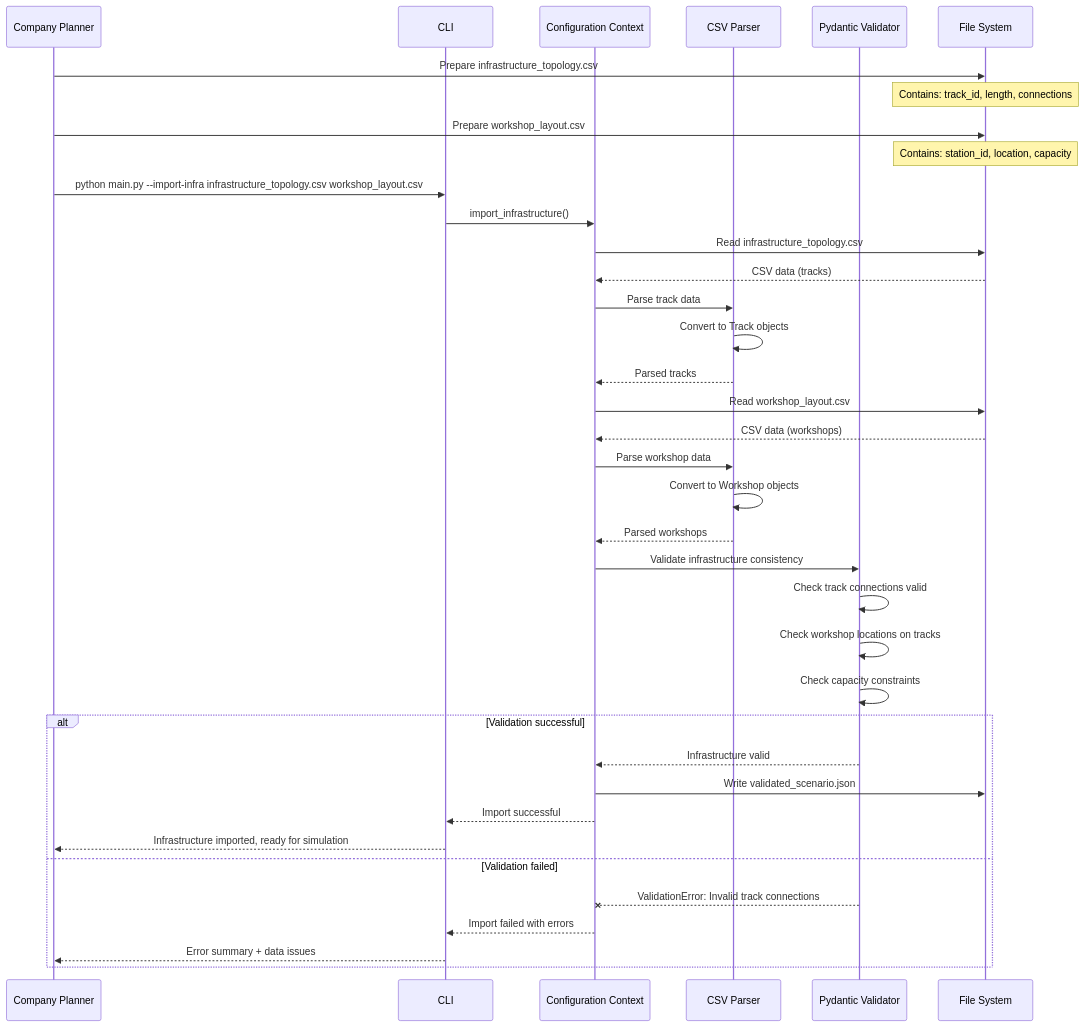
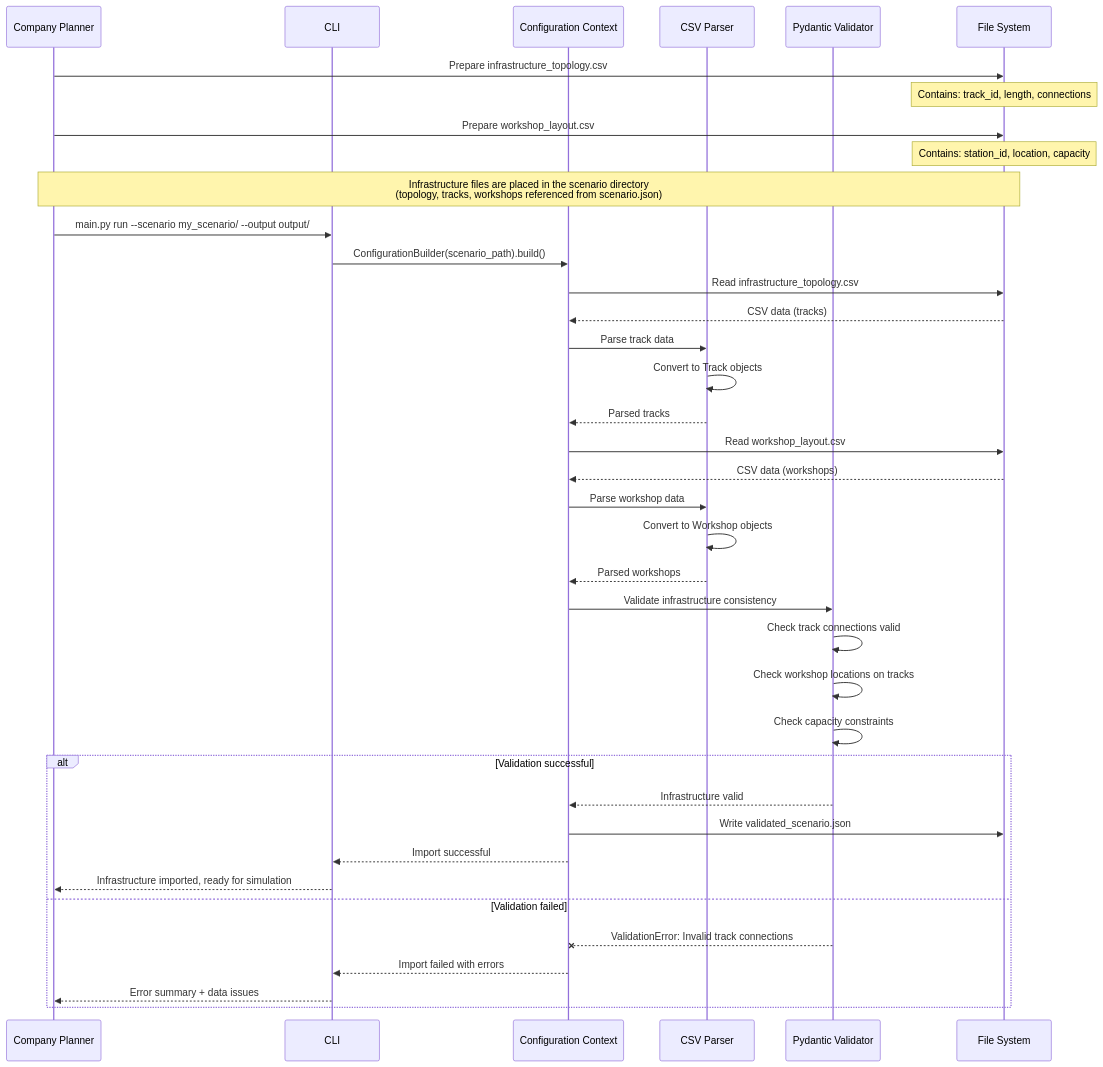
The fourth of 8 diagrams in docs/mvp/architecture/06-runtime.md (OpenRailAssociation/dac-migration-dss-popupsim), drawn with Mermaid before and after one commit. The commit also changed other lines of this file and 73 other files, not shown here.

````diff
--- a/docs/mvp/architecture/06-runtime.md
+++ b/docs/mvp/architecture/06-runtime.md
@@ -206,45 +206,46 @@
 ```mermaid
 sequenceDiagram
     participant Planner as Company Planner
     participant CLI as CLI
     participant Config as Configuration Context
     participant Parser as CSV Parser
     participant Validator as Pydantic Validator
     participant Files as File System
 
     Planner->>Files: Prepare infrastructure_topology.csv
     Note over Files: Contains: track_id, length, connections
     Planner->>Files: Prepare workshop_layout.csv
     Note over Files: Contains: station_id, location, capacity
 
-    Planner->>CLI: python main.py --import-infra infrastructure_topology.csv workshop_layout.csv
-    CLI->>Config: import_infrastructure()
+    Note over Planner,Files: Infrastructure files are placed in the scenario directory<br/>(topology, tracks, workshops referenced from scenario.json)
+    Planner->>CLI: main.py run --scenario my_scenario/ --output output/
+    CLI->>Config: ConfigurationBuilder(scenario_path).build()
 
     Config->>Files: Read infrastructure_topology.csv
     Files-->>Config: CSV data (tracks)
     Config->>Parser: Parse track data
     Parser->>Parser: Convert to Track objects
     Parser-->>Config: Parsed tracks
 
     Config->>Files: Read workshop_layout.csv
     Files-->>Config: CSV data (workshops)
     Config->>Parser: Parse workshop data
     Parser->>Parser: Convert to Workshop objects
     Parser-->>Config: Parsed workshops
 
     Config->>Validator: Validate infrastructure consistency
     Validator->>Validator: Check track connections valid
     Validator->>Validator: Check workshop locations on tracks
     Validator->>Validator: Check capacity constraints
 
     alt Validation successful
         Validator-->>Config: Infrastructure valid
         Config->>Files: Write validated_scenario.json
         Config-->>CLI: Import successful
         CLI-->>Planner: Infrastructure imported, ready for simulation
     else Validation failed
         Validator--xConfig: ValidationError: Invalid track connections
         Config-->>CLI: Import failed with errors
         CLI-->>Planner: Error summary + data issues
     end
 ```
````
